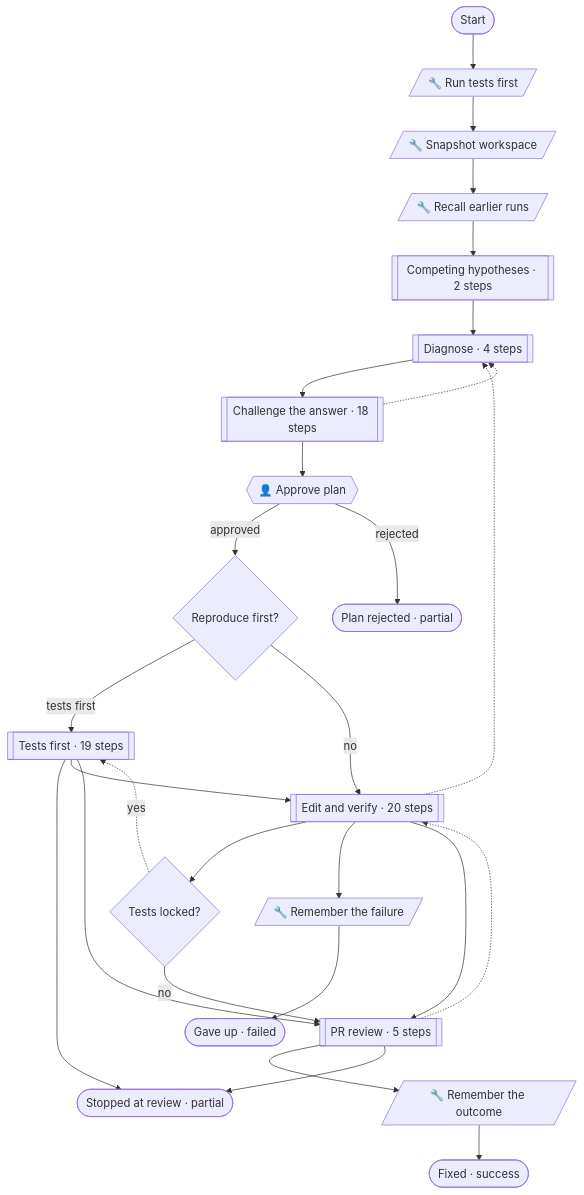
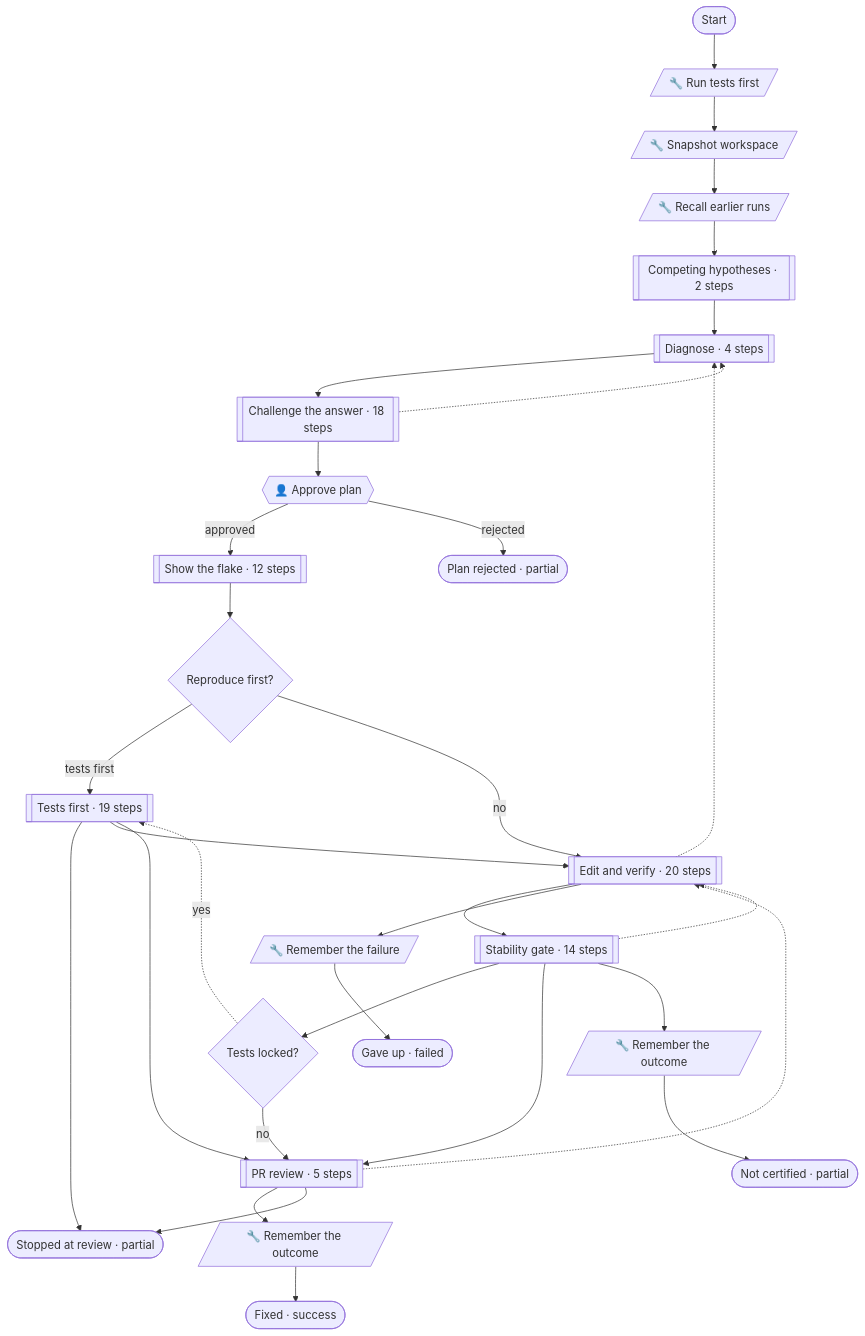
Before and after one commit to pirty6/symphony-core: the second of 7 diagrams in docs/patterns.md, drawn with Mermaid. The commit also changed other lines of this file and 3 other files, not shown here.

First line of the commit message:
fix: an opt-in stability gate for flaky tests

````diff
--- a/docs/patterns.md
+++ b/docs/patterns.md
@@ -201,48 +201,57 @@
 ```mermaid
 flowchart TD
   n_start(["Start"])
   n_baseline[/"🔧 Run tests first"/]
   n_snapshot[/"🔧 Snapshot workspace"/]
   n_recall[/"🔧 Recall earlier runs"/]
   n_approve{{"👤 Approve plan"}}
   n_reproduceFirstOn{"Reproduce first?"}
   n_reproduced{"Tests locked?"}
   n_reviewStopped(["Stopped at review · partial"])
   n_learnFixed[/"🔧 Remember the outcome"/]
   n_learnFailed[/"🔧 Remember the failure"/]
+  n_learnUncertified[/"🔧 Remember the outcome"/]
   n_fixed(["Fixed · success"])
+  n_uncertified(["Not certified · partial"])
   n_gaveUp(["Gave up · failed"])
   n_rejected(["Plan rejected · partial"])
   n_hypothesesPhase[["Competing hypotheses · 2 steps"]]
   n_diagnosePhase[["Diagnose · 4 steps"]]
   n_challengePhase[["Challenge the answer · 18 steps"]]
+  n_controlPhase[["Show the flake · 12 steps"]]
   n_testFirstPhase[["Tests first · 19 steps"]]
   n_editPhase[["Edit and verify · 20 steps"]]
+  n_stabilityPhase[["Stability gate · 14 steps"]]
   n_prReviewPhase[["PR review · 5 steps"]]
   n_start --> n_baseline
   n_baseline --> n_snapshot
   n_snapshot --> n_recall
   n_recall --> n_hypothesesPhase
   n_learnFixed --> n_fixed
   n_learnFailed --> n_gaveUp
+  n_learnUncertified --> n_uncertified
   n_hypothesesPhase --> n_diagnosePhase
   n_diagnosePhase --> n_challengePhase
   n_challengePhase --> n_approve
   n_challengePhase -.-> n_diagnosePhase
-  n_approve -->|"approved"| n_reproduceFirstOn
+  n_approve -->|"approved"| n_controlPhase
+  n_controlPhase --> n_reproduceFirstOn
   n_reproduceFirstOn -->|"tests first"| n_testFirstPhase
   n_reproduceFirstOn -->|"no"| n_editPhase
   n_reproduced -.->|"yes"| n_testFirstPhase
   n_reproduced -->|"no"| n_prReviewPhase
   n_testFirstPhase --> n_reviewStopped
   n_testFirstPhase --> n_editPhase
   n_testFirstPhase --> n_prReviewPhase
   n_approve -->|"rejected"| n_rejected
-  n_editPhase --> n_reproduced
+  n_editPhase --> n_stabilityPhase
   n_editPhase --> n_learnFailed
-  n_editPhase --> n_prReviewPhase
   n_editPhase -.-> n_diagnosePhase
+  n_stabilityPhase --> n_reproduced
+  n_stabilityPhase -.-> n_editPhase
+  n_stabilityPhase --> n_prReviewPhase
+  n_stabilityPhase --> n_learnUncertified
   n_prReviewPhase --> n_learnFixed
   n_prReviewPhase -.-> n_editPhase
   n_prReviewPhase --> n_reviewStopped
 ```
````
